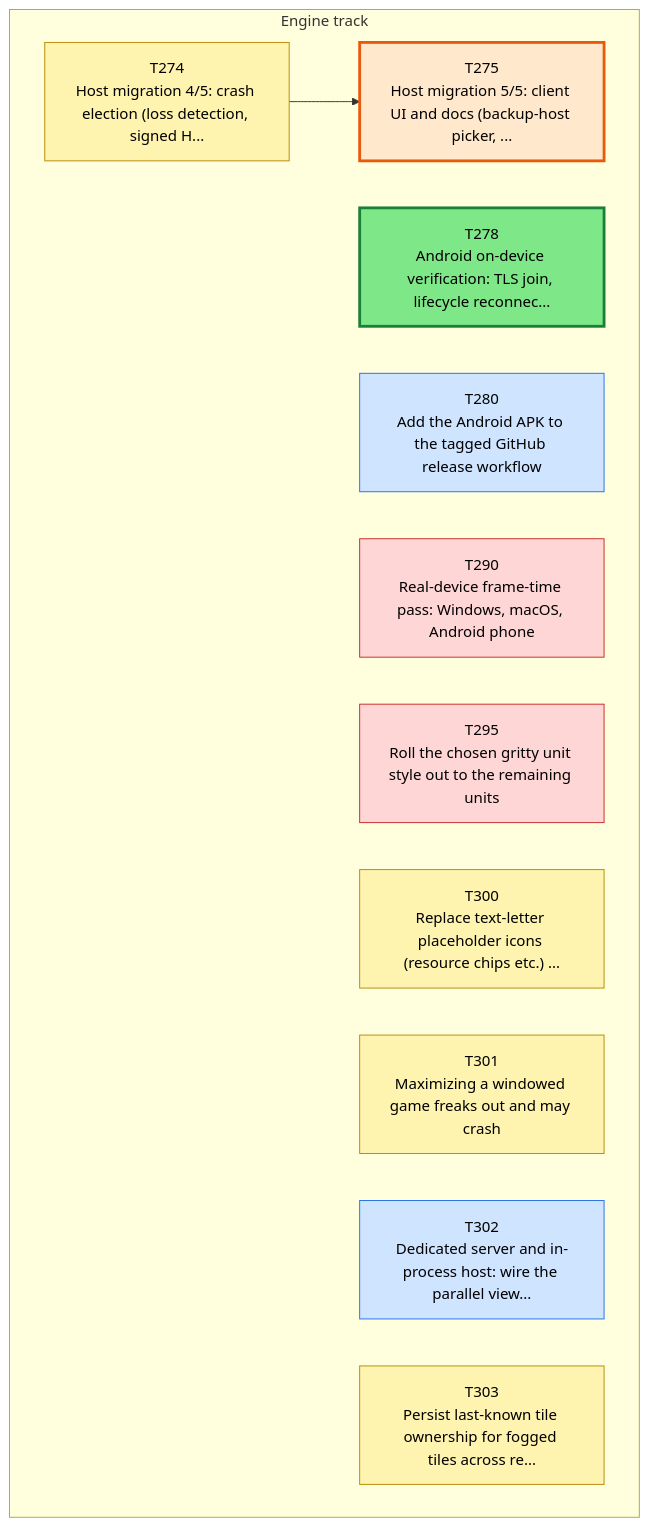
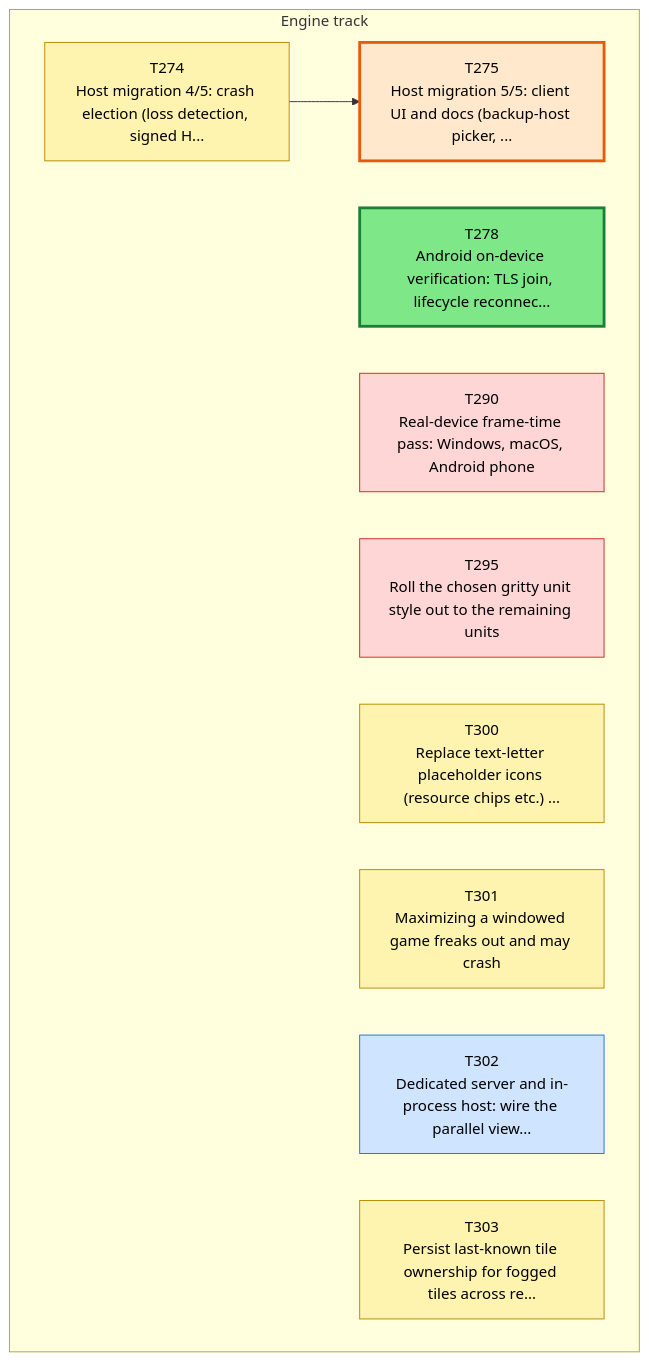
The first of 3 diagrams in csharp/migration/DEPENDENCY_MAP.md (Kenmura/Unciv), drawn with Mermaid before and after one commit. The commit also changed other lines of this file and 1 other file, not shown here.

Commit message:
migration: review T280 pass [Adversarial Review]

````diff
--- a/csharp/migration/DEPENDENCY_MAP.md
+++ b/csharp/migration/DEPENDENCY_MAP.md
@@ -35,33 +35,31 @@
 ```mermaid
 flowchart TD
   subgraph TTRACK["Engine track"]
     T274["T274<br/>Host migration 4/5: crash election (loss detection, signed H..."]
     T275["T275<br/>Host migration 5/5: client UI and docs (backup-host picker, ..."]
     T278["T278<br/>Android on-device verification: TLS join, lifecycle reconnec..."]
-    T280["T280<br/>Add the Android APK to the tagged GitHub release workflow"]
     T290["T290<br/>Real-device frame-time pass: Windows, macOS, Android phone"]
     T295["T295<br/>Roll the chosen gritty unit style out to the remaining units"]
     T300["T300<br/>Replace text-letter placeholder icons (resource chips etc.) ..."]
     T301["T301<br/>Maximizing a windowed game freaks out and may crash"]
     T302["T302<br/>Dedicated server and in-process host: wire the parallel view..."]
     T303["T303<br/>Persist last-known tile ownership for fogged tiles across re..."]
   end
   T274 --> T275
   classDef waiting fill:#f3faf3,stroke:#9bc49b,color:#555,stroke-dasharray:2 2
   classDef ondeck fill:#ffe8cc,stroke:#e8590c,stroke-width:3px,color:#000
   classDef ready fill:#7ee787,stroke:#1a7f37,stroke-width:3px,color:#000
   classDef prog fill:#fff3b0,stroke:#b58900,color:#000
   classDef review fill:#cfe4ff,stroke:#1f6feb,color:#000
   classDef blocked fill:#ffd6d6,stroke:#c62828,color:#000
   classDef done fill:#eeeeee,stroke:#999999,color:#666,stroke-dasharray:4 3
   class T274 prog
   class T275 ondeck
   class T278 ready
-  class T280 review
   class T290 blocked
   class T295 blocked
   class T300 prog
   class T301 prog
   class T302 review
   class T303 prog
 ```
````
